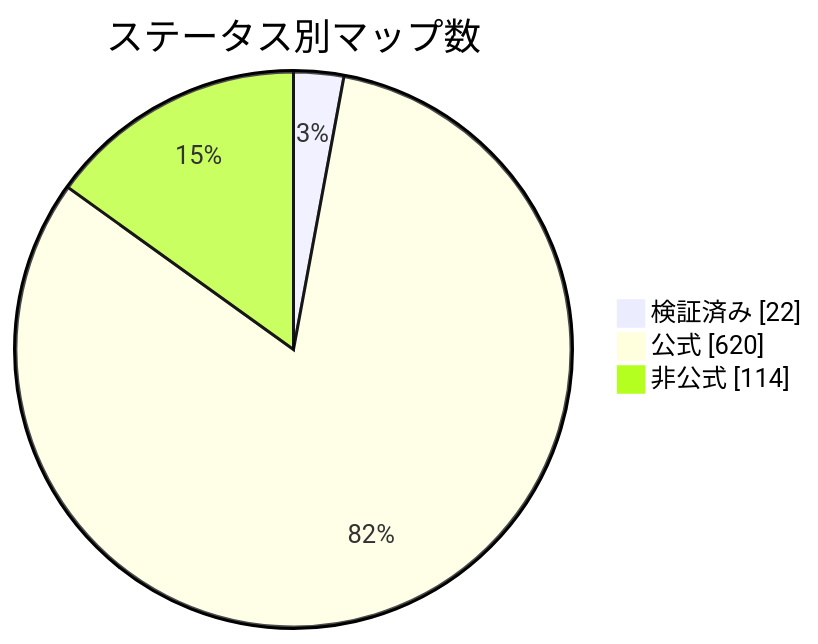
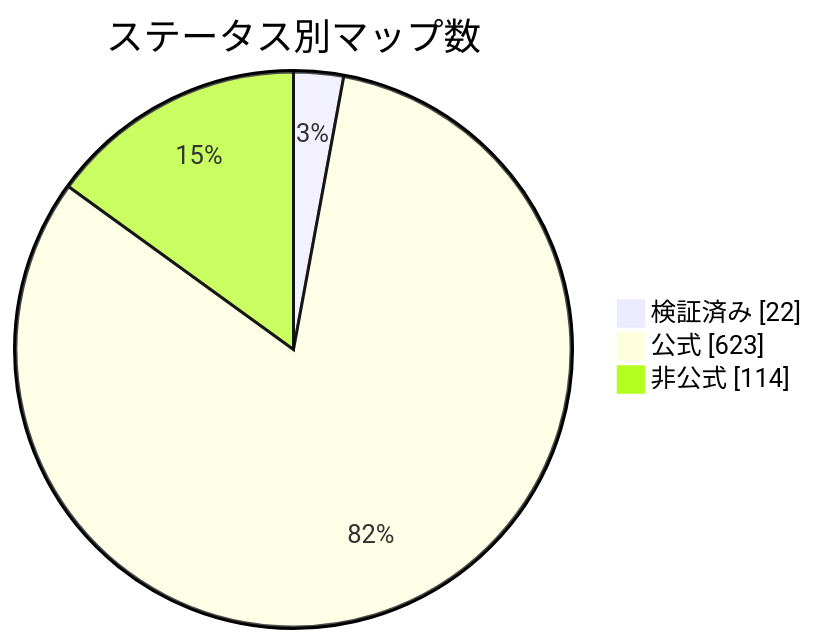
One commit to nobrega8/mbmap-library changed the diagram in docs/readme/README_JP.md. Above: the diagram before and after it, drawn with Mermaid. The commit also changed 8 other files, not shown here.

````diff
--- a/docs/readme/README_JP.md
+++ b/docs/readme/README_JP.md
@@ -54,7 +54,7 @@
 ```mermaid
 pie showData
     title ステータス別マップ数
     "検証済み" : 22
-    "公式" : 620
+    "公式" : 623
     "非公式" : 114
 ```
````
